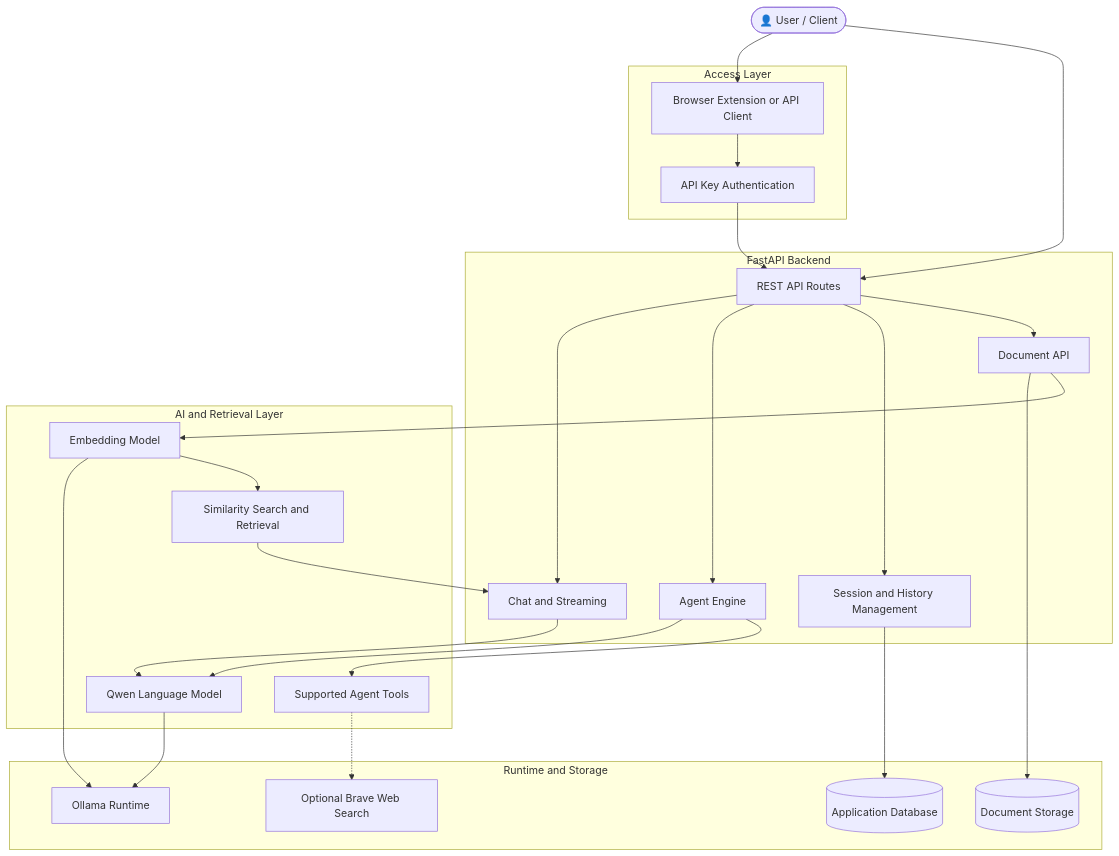
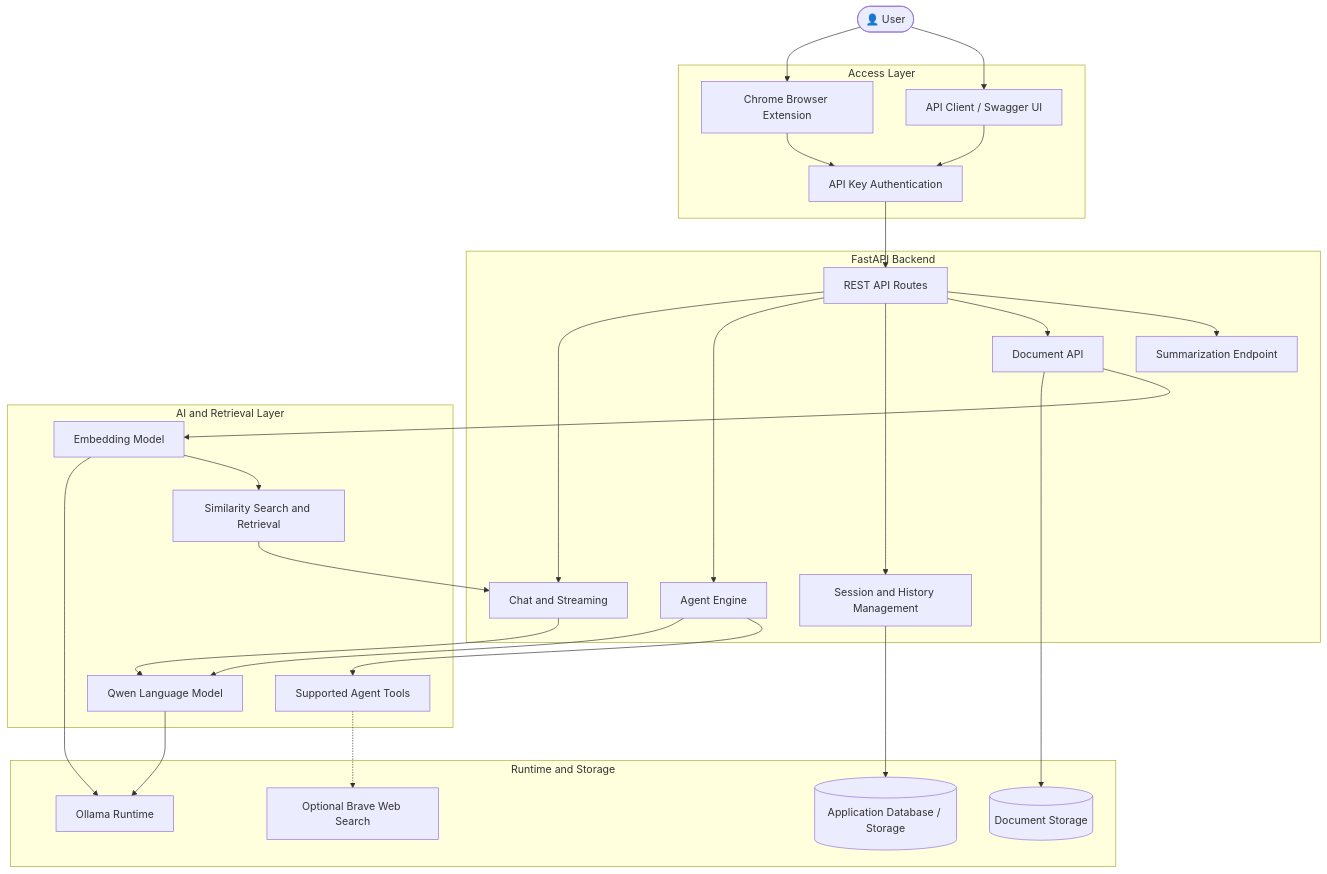
Before and after one commit to rajharshit25/qwen-agent-project: the first of 5 diagrams in README.md, drawn with Mermaid. The commit also changed other lines of this file and 5 other files, not shown here.

Commit message:
Update Chrome extension UI and project documentation

````diff
--- a/README.md
+++ b/README.md
@@ -100,53 +115,61 @@
 ```mermaid
 flowchart TB
-    U(["👤 User / Client"])
+    U(["👤 User"])
 
     subgraph ACCESS["Access Layer"]
-        EXT["Browser Extension or API Client"]
+        EXT["Chrome Browser Extension"]
+        API_CLIENT["API Client / Swagger UI"]
         AUTH["API Key Authentication"]
     end
 
     subgraph BACKEND["FastAPI Backend"]
         API["REST API Routes"]
         CHAT["Chat and Streaming"]
         AGENT["Agent Engine"]
         HISTORY["Session and History Management"]
         DOCAPI["Document API"]
+        SUMMARY["Summarization Endpoint"]
     end
 
     subgraph INTELLIGENCE["AI and Retrieval Layer"]
         QWEN["Qwen Language Model"]
         TOOLS["Supported Agent Tools"]
         EMB["Embedding Model"]
         RET["Similarity Search and Retrieval"]
     end
 
     subgraph SERVICES["Runtime and Storage"]
         OLLAMA["Ollama Runtime"]
-        DB[("Application Database")]
+        DB[("Application Database / Storage")]
         FILES[("Document Storage")]
         WEB["Optional Brave Web Search"]
     end
 
     U --> EXT
-    U --> API
+    U --> API_CLIENT
+
     EXT --> AUTH
+    API_CLIENT --> AUTH
     AUTH --> API
+
     API --> CHAT
     API --> AGENT
     API --> HISTORY
     API --> DOCAPI
+    API --> SUMMARY
 
     CHAT --> QWEN
     AGENT --> QWEN
     AGENT --> TOOLS
     TOOLS -.-> WEB
 
     QWEN --> OLLAMA
     EMB --> OLLAMA
+
     DOCAPI --> FILES
     DOCAPI --> EMB
     EMB --> RET
     RET --> CHAT
+
     HISTORY --> DB
 ```
````
